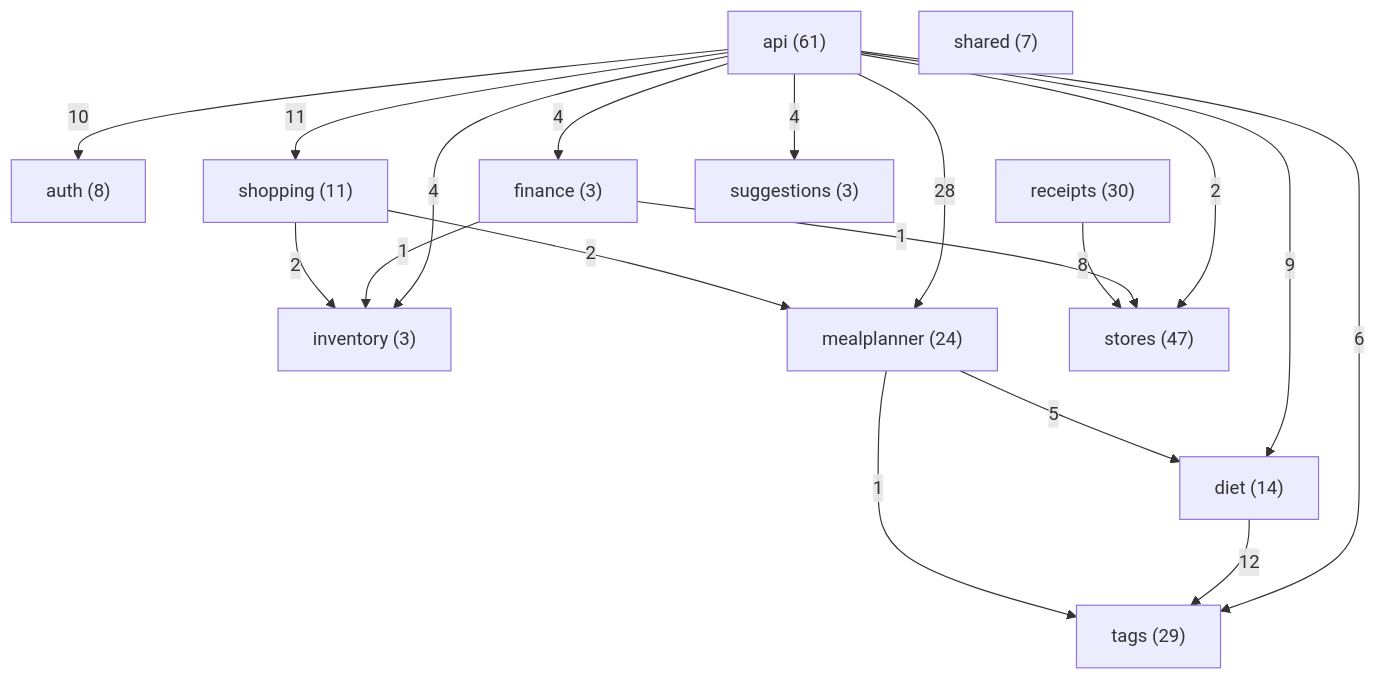
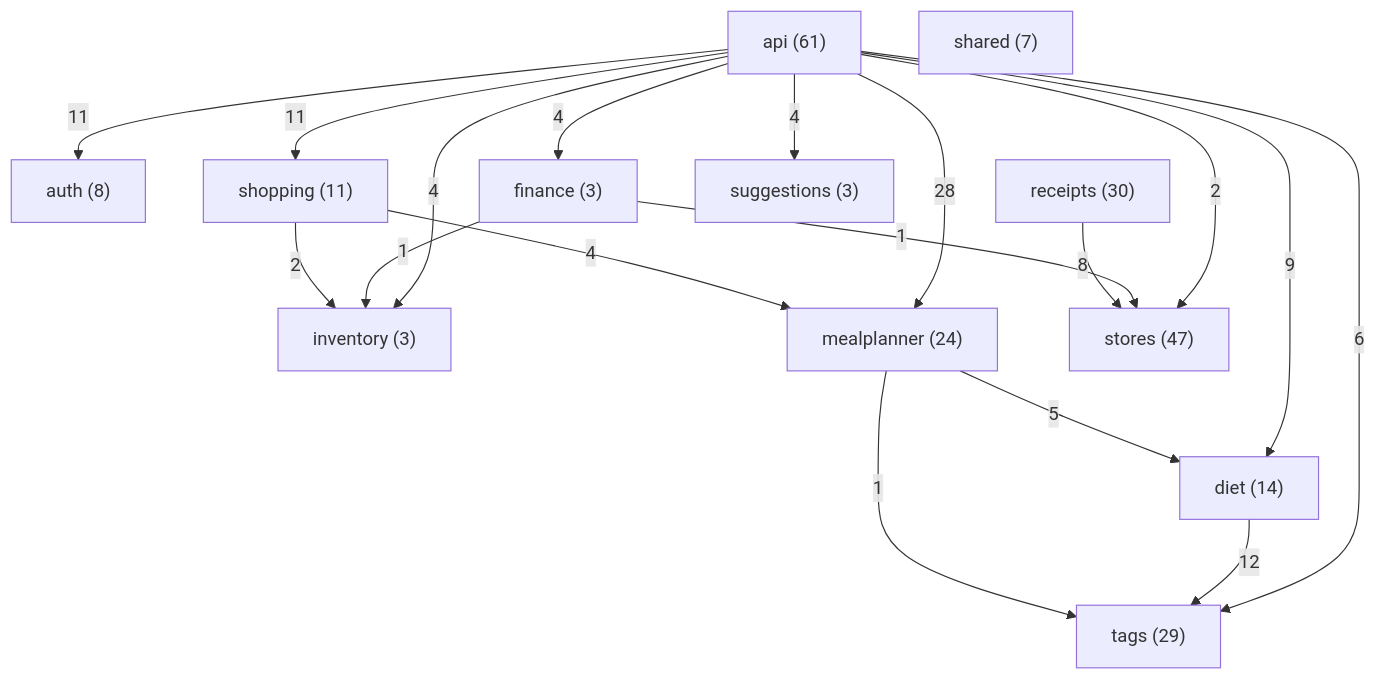
The diagram in docs/classes/README.md (Nate-ryan-7690/dahaem), drawn with Mermaid before and after one commit. The commit also changed 4 other files, not shown here.

````diff
--- a/docs/classes/README.md
+++ b/docs/classes/README.md
@@ -9,32 +9,32 @@
 ```mermaid
 flowchart TD
     api["api (61)"]
     auth["auth (8)"]
     diet["diet (14)"]
     finance["finance (3)"]
     inventory["inventory (3)"]
     mealplanner["mealplanner (24)"]
     receipts["receipts (30)"]
     shared["shared (7)"]
     shopping["shopping (11)"]
     stores["stores (47)"]
     suggestions["suggestions (3)"]
     tags["tags (29)"]
-    api -->|10| auth
+    api -->|11| auth
     api -->|9| diet
     api -->|4| finance
     api -->|4| inventory
     api -->|28| mealplanner
     api -->|11| shopping
     api -->|2| stores
     api -->|4| suggestions
     api -->|6| tags
     diet -->|12| tags
     finance -->|1| inventory
     finance -->|1| stores
     mealplanner -->|5| diet
     mealplanner -->|1| tags
     receipts -->|8| stores
     shopping -->|2| inventory
-    shopping -->|2| mealplanner
+    shopping -->|4| mealplanner
 ```
````
